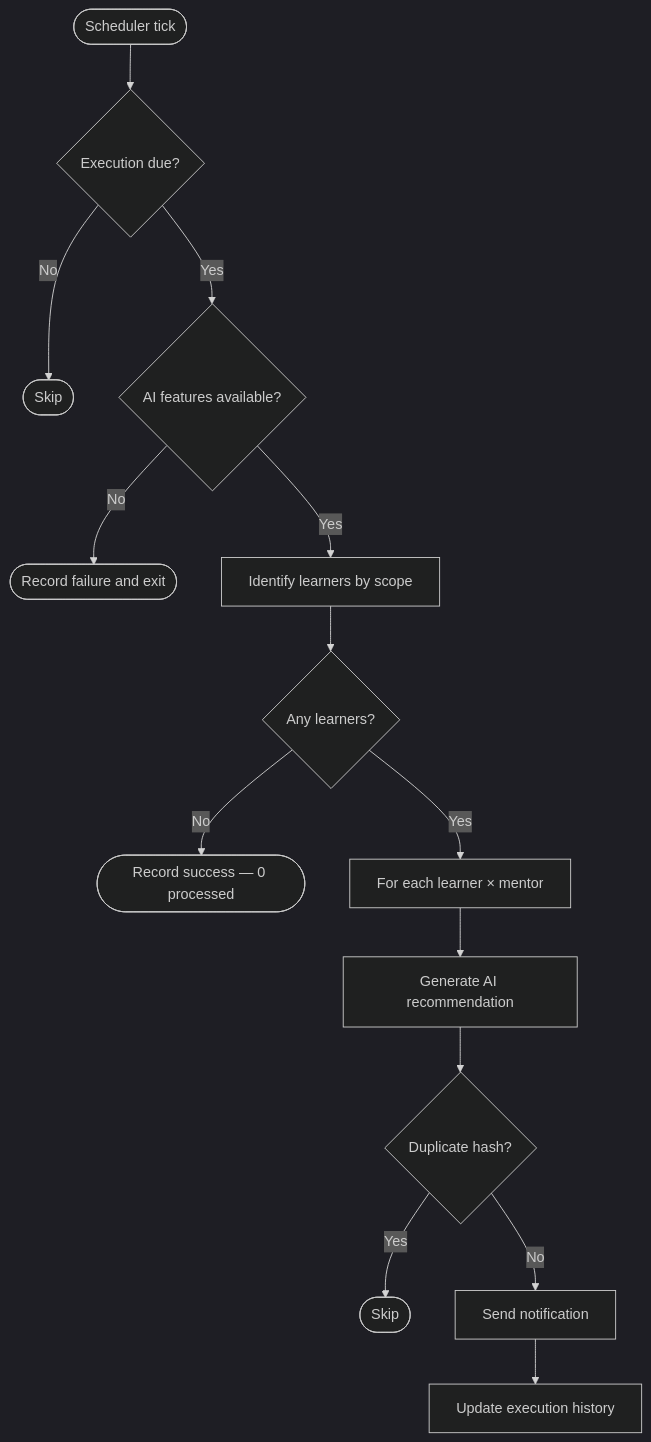
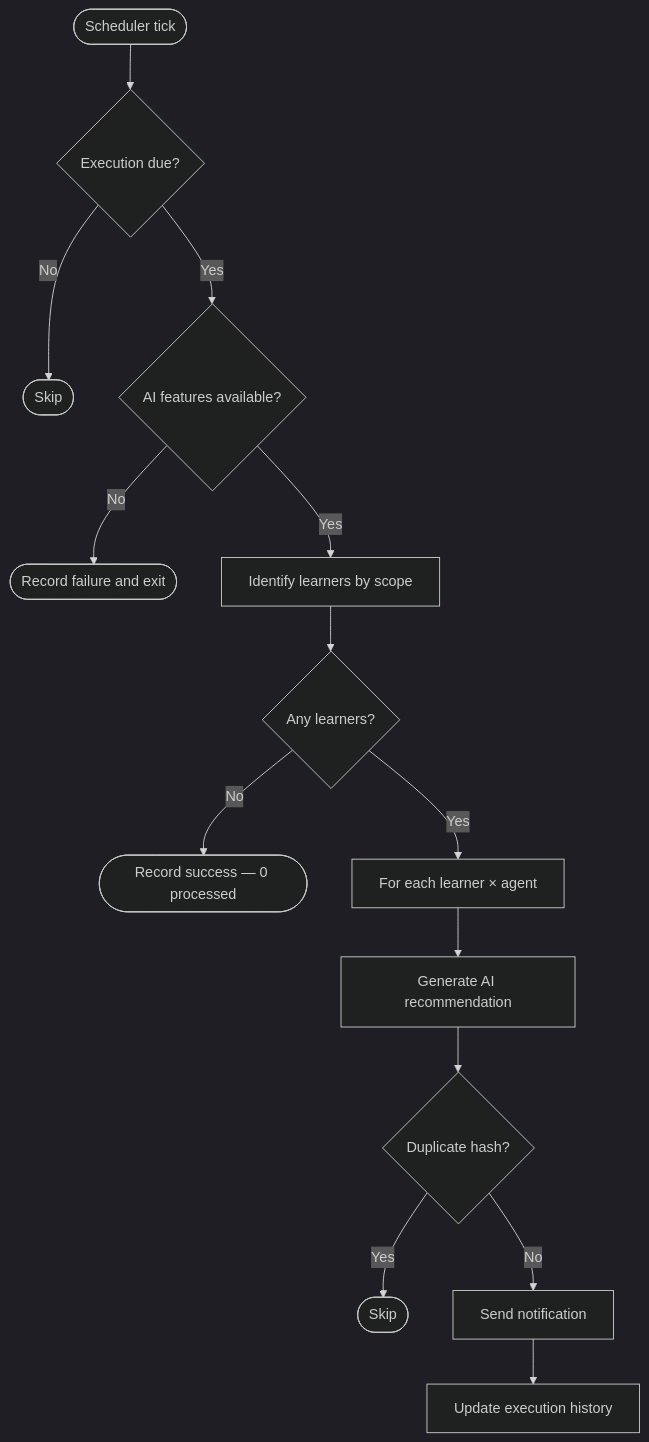
Before and after one commit to iblai/docs: the ninth of 11 diagrams in developer/applications/notifications.md, drawn with Mermaid (dark theme). The commit also changed other lines of this file and 212 other files, not shown here.

First line of the commit message:
docs: rebrand mentorAI -> Agentic OS, mentor -> agent

````diff
--- a/developer/applications/notifications.md
+++ b/developer/applications/notifications.md
@@ -2000,16 +2000,16 @@
 ```mermaid
 flowchart TD
     A([Scheduler tick]) --> B{Execution due?}
     B -- No --> Z([Skip])
     B -- Yes --> C{AI features available?}
     C -- No --> Z2([Record failure and exit])
     C -- Yes --> D[Identify learners by scope]
     D --> E{Any learners?}
     E -- No --> F([Record success — 0 processed])
-    E -- Yes --> G[For each learner × mentor]
+    E -- Yes --> G[For each learner × agent]
     G --> H[Generate AI recommendation]
     H --> I{Duplicate hash?}
     I -- Yes --> J([Skip])
     I -- No --> K[Send notification]
     K --> L[Update execution history]
 ```
````
